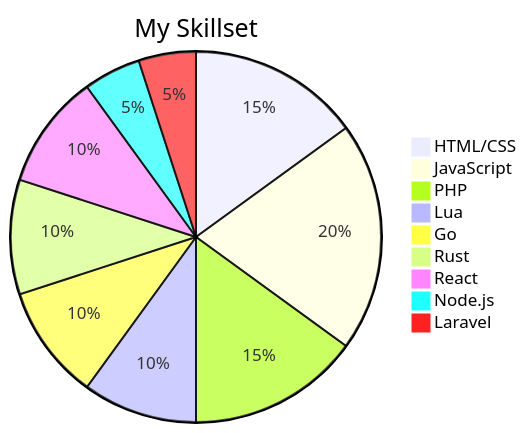
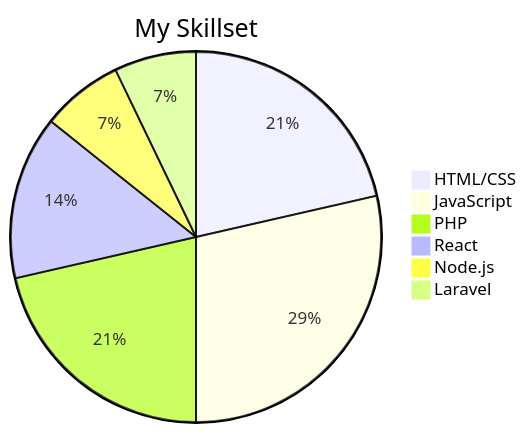
The diagram in README.md (TaqdeesHigh/TaqdeesHigh), drawn with Mermaid before and after one commit. The commit also changed other lines of this file, not shown here.

````diff
--- a/README.md
+++ b/README.md
@@ -30,13 +27,10 @@
 ```mermaid
 pie
     title My Skillset
     "HTML/CSS": 15
     "JavaScript": 20
     "PHP": 15
-    "Lua": 10
-    "Go": 10
-    "Rust": 10
     "React": 10
     "Node.js": 5
     "Laravel": 5
 ```
````
